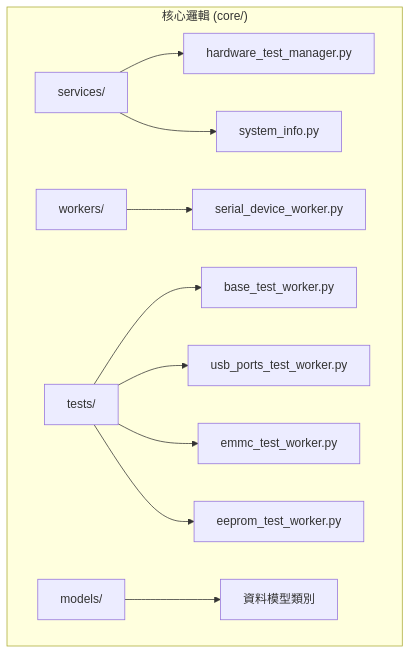
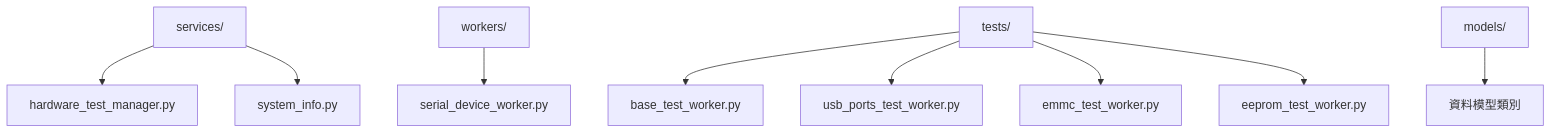
The third of 9 diagrams in orion_developer_document.md (MingYuan-Chen/orion_v2), drawn with Mermaid before and after one commit. The commit also changed other lines of this file, not shown here.

Commit message:
update developer document - flow chart display

````diff
--- a/orion_developer_document.md
+++ b/orion_developer_document.md
@@ -143,16 +137,16 @@
 ```mermaid
 graph TD
-    subgraph "核心邏輯 (core/)"
-        A[services/] --> A1[hardware_test_manager.py]
-        A --> A2[system_info.py]
-        
-        B[workers/] --> B1[serial_device_worker.py]
-        
-        C[tests/] --> C1[base_test_worker.py]
-        C --> C2[usb_ports_test_worker.py]
-        C --> C3[emmc_test_worker.py]
-        C --> C4[eeprom_test_worker.py]
-        
-        D[models/] --> D1[資料模型類別]
-    end
+    A[services/]
+    B[workers/]
+    C[tests/]
+    D[models/]
+    
+    A --> A1[hardware_test_manager.py]
+    A --> A2[system_info.py]
+    B --> B1[serial_device_worker.py]
+    C --> C1[base_test_worker.py]
+    C --> C2[usb_ports_test_worker.py]
+    C --> C3[emmc_test_worker.py]
+    C --> C4[eeprom_test_worker.py]
+    D --> D1[資料模型類別]
 ```
````
